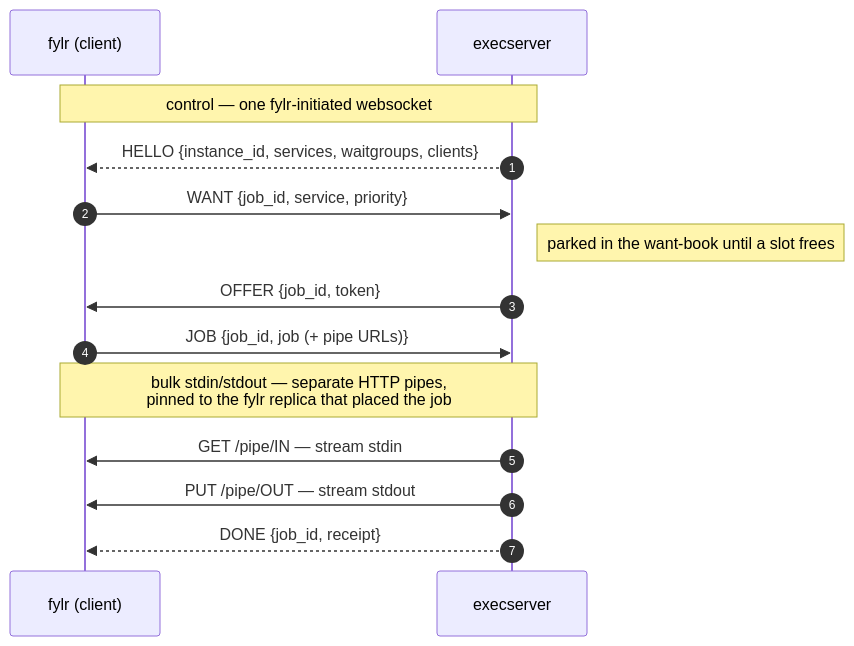
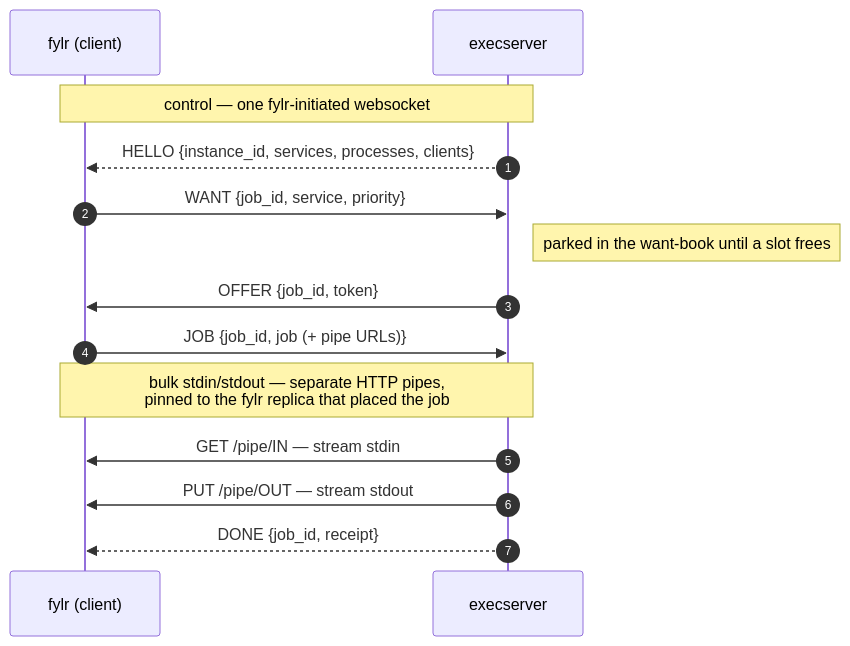
Before and after one commit to programmfabrik/fylr-gitbook: the diagram in for-developers/execserver.md, drawn with Mermaid. The commit also changed other lines of this file and 8 other files, not shown here.

````diff
--- a/for-developers/execserver.md
+++ b/for-developers/execserver.md
@@ -22,16 +22,16 @@
 ```mermaid
 sequenceDiagram
     autonumber
     participant F as fylr (client)
     participant X as execserver
     Note over F,X: control — one fylr-initiated websocket
-    X-->>F: HELLO {instance_id, services, waitgroups, clients}
+    X-->>F: HELLO {instance_id, services, processes, clients}
     F->>X: WANT {job_id, service, priority}
     Note right of X: parked in the want-book until a slot frees
     X->>F: OFFER {job_id, token}
     F->>X: JOB {job_id, job (+ pipe URLs)}
     Note over F,X: bulk stdin/stdout — separate HTTP pipes,<br/>pinned to the fylr replica that placed the job
     X->>F: GET /pipe/IN — stream stdin
     X->>F: PUT /pipe/OUT — stream stdout
     X-->>F: DONE {job_id, receipt}
 ```
````
